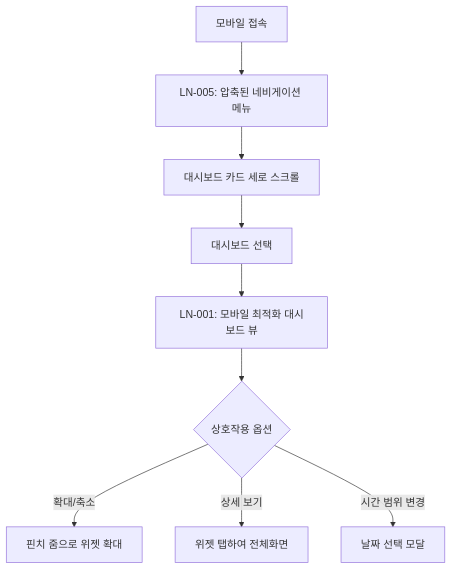
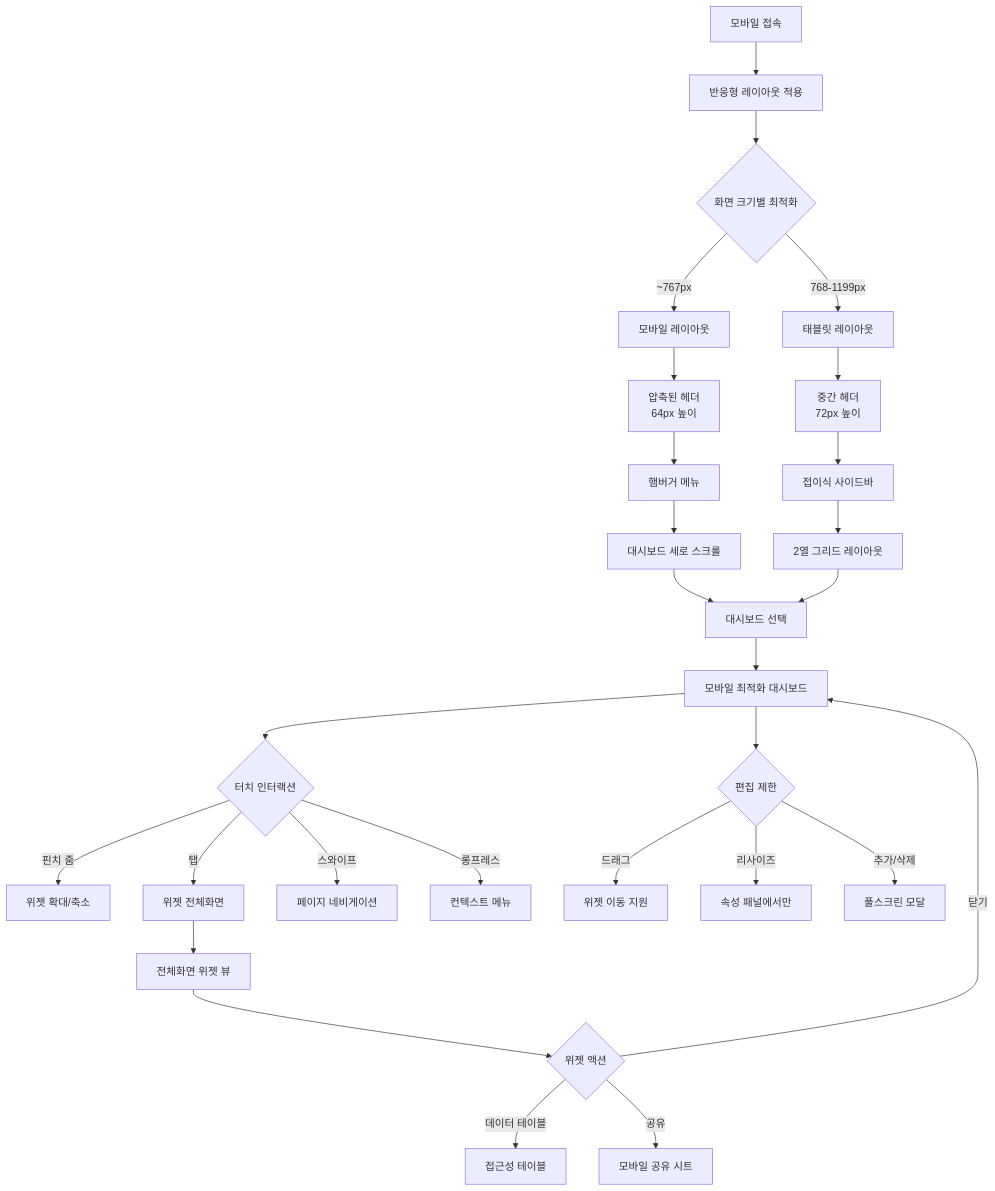
The eighth of 14 diagrams in ui-design/user-flows.md (Seungwoo321/etorch-docs), drawn with Mermaid before and after one commit. The commit also changed other lines of this file, not shown here.

````diff
--- a/ui-design/user-flows.md
+++ b/ui-design/user-flows.md
@@ -582,11 +362,36 @@
 ```mermaid
 flowchart TD
-    A[모바일 접속] --> B[LN-005: 압축된 네비게이션 메뉴]
-    B --> C[대시보드 카드 세로 스크롤]
-    C --> D[대시보드 선택]
-    D --> E[LN-001: 모바일 최적화 대시보드 뷰]
-    E --> F{상호작용 옵션}
-    F -->|확대/축소| G[핀치 줌으로 위젯 확대]
-    F -->|상세 보기| H[위젯 탭하여 전체화면]
-    F -->|시간 범위 변경| I[날짜 선택 모달]
+    A[모바일 접속] --> B[반응형 레이아웃 적용]
+    B --> C{화면 크기별 최적화}
+    C -->|~767px| D[모바일 레이아웃]
+    C -->|768-1199px| E[태블릿 레이아웃]
+    
+    D --> F[압축된 헤더<br/>64px 높이]
+    F --> G[햄버거 메뉴]
+    G --> H[대시보드 세로 스크롤]
+    
+    E --> I[중간 헤더<br/>72px 높이]
+    I --> J[접이식 사이드바]
+    J --> K[2열 그리드 레이아웃]
+    
+    H --> L[대시보드 선택]
+    K --> L
+    
+    L --> M[모바일 최적화 대시보드]
+    M --> N{터치 인터랙션}
+    N -->|핀치 줌| O[위젯 확대/축소]
+    N -->|탭| P[위젯 전체화면]
+    N -->|스와이프| Q[페이지 네비게이션]
+    N -->|롱프레스| R[컨텍스트 메뉴]
+    
+    P --> S[전체화면 위젯 뷰]
+    S --> T{위젯 액션}
+    T -->|데이터 테이블| U[접근성 테이블]
+    T -->|공유| V[모바일 공유 시트]
+    T -->|닫기| M
+    
+    M --> W{편집 제한}
+    W -->|드래그| X[위젯 이동 지원]
+    W -->|리사이즈| Y[속성 패널에서만]
+    W -->|추가/삭제| Z[풀스크린 모달]
 ```
````
